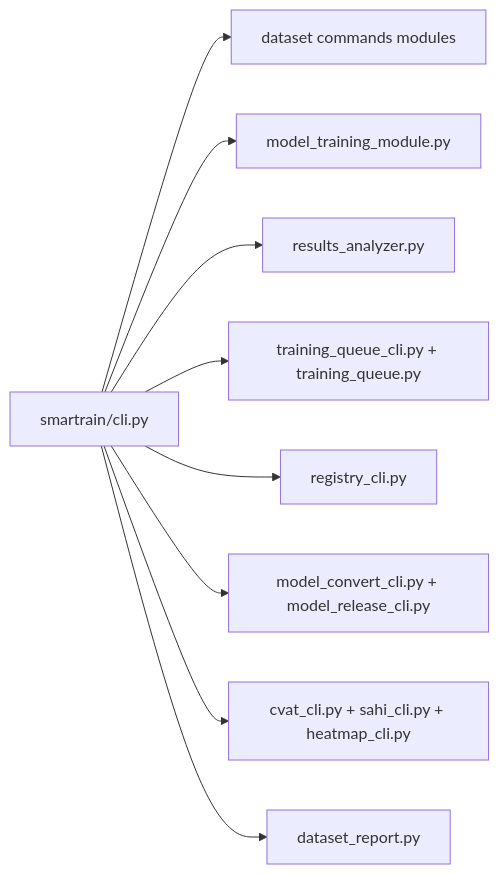
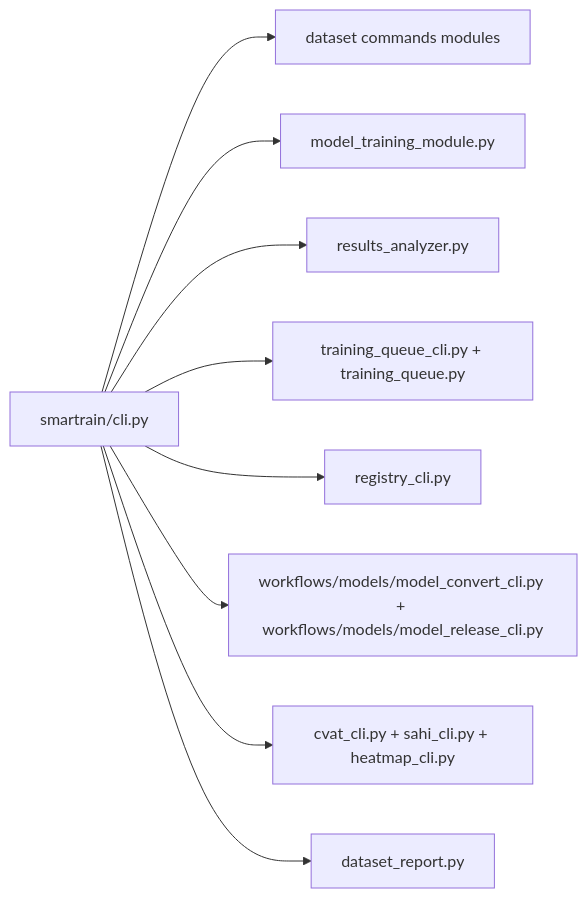
The diagram in docs/reference/api.md (aicommunity/SmarTrain), drawn with Mermaid before and after one commit. The commit also changed other lines of this file and 6 other files, not shown here.

First line of the commit message:
Move model convert and release CLIs into workflows package.

````diff
--- a/docs/reference/api.md
+++ b/docs/reference/api.md
@@ -62,12 +62,12 @@
 ```mermaid
 flowchart LR
     cliRouter["smartrain/cli.py"]
     cliRouter --> datasetsBlock["dataset commands modules"]
     cliRouter --> trainBlock["model_training_module.py"]
     cliRouter --> analyzeBlock["results_analyzer.py"]
     cliRouter --> queueBlock["training_queue_cli.py + training_queue.py"]
     cliRouter --> registryBlock["registry_cli.py"]
-    cliRouter --> modelBlock["model_convert_cli.py + model_release_cli.py"]
+    cliRouter --> modelBlock["workflows/models/model_convert_cli.py + workflows/models/model_release_cli.py"]
     cliRouter --> ioBlock["cvat_cli.py + sahi_cli.py + heatmap_cli.py"]
     cliRouter --> reportBlock["dataset_report.py"]
 ```
````
